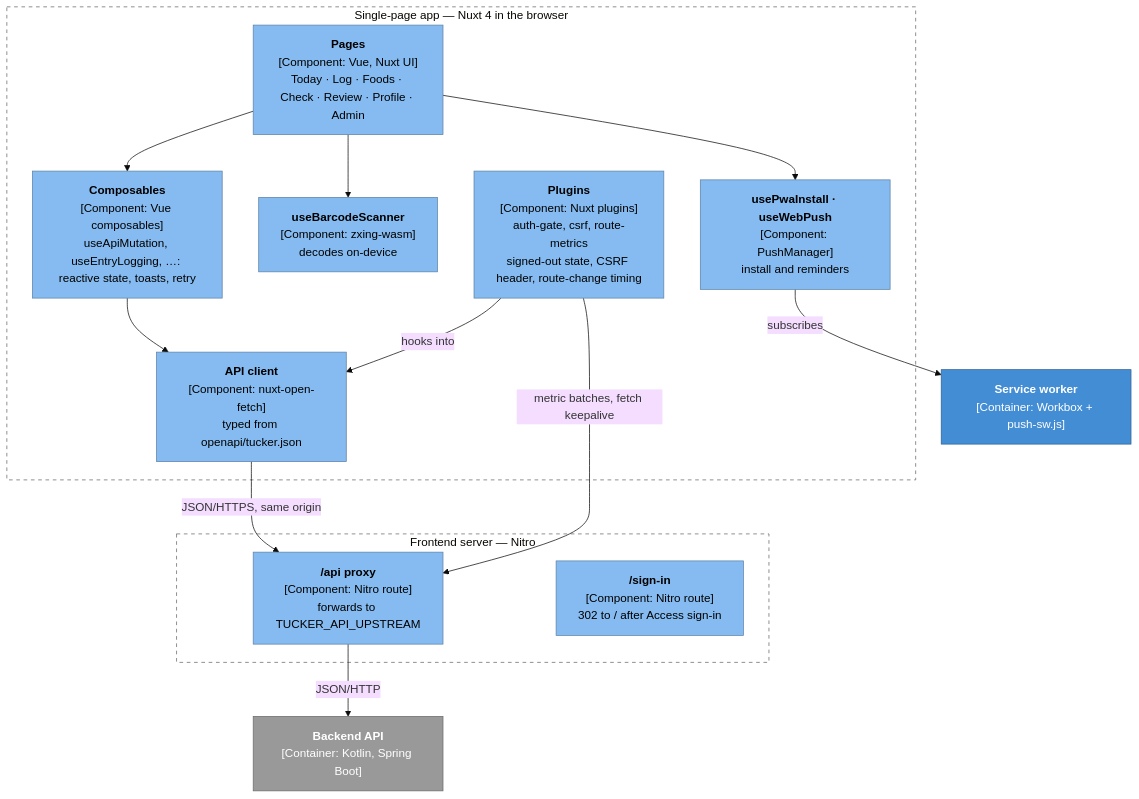
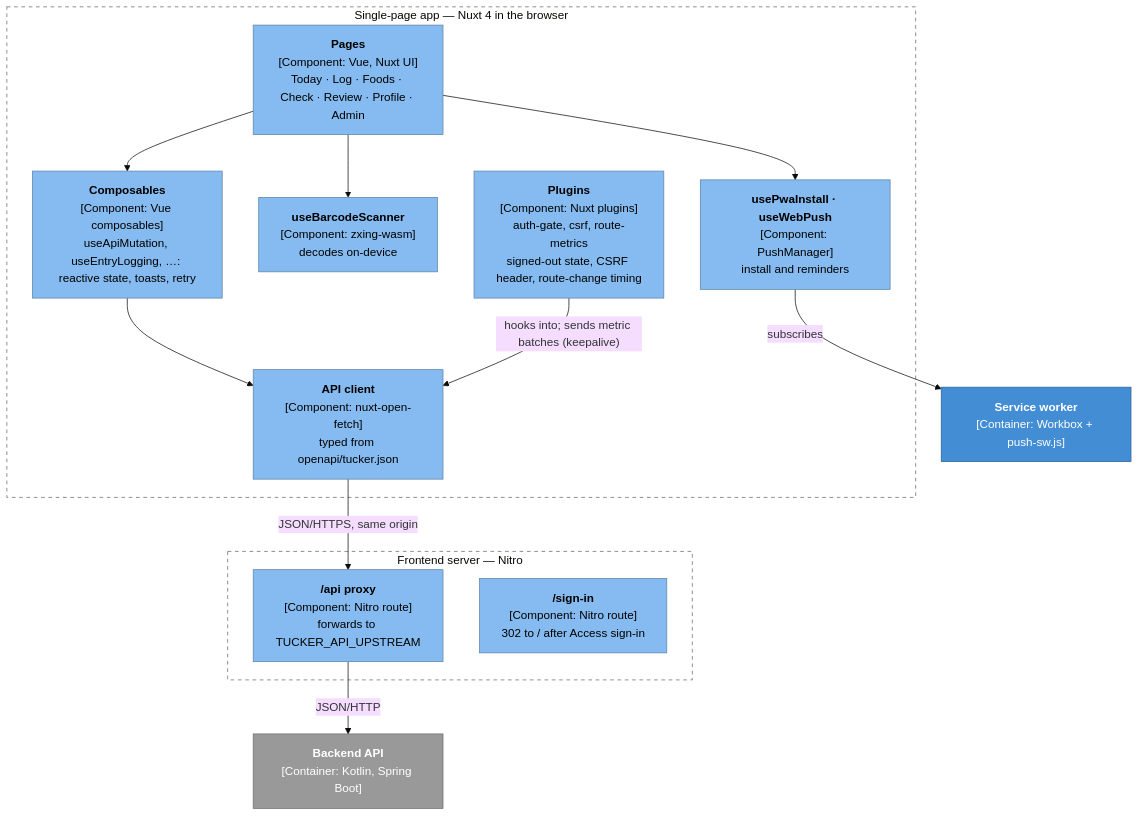
Before and after one commit to skrymer/tucker: the eighth of 10 diagrams in docs/architecture.md, drawn with Mermaid (base theme). The commit also changed other lines of this file and 5 other files, not shown here.

````diff
--- a/docs/architecture.md
+++ b/docs/architecture.md
@@ -340,34 +340,33 @@
 ```mermaid
 flowchart TD
   subgraph spa["Single-page app — Nuxt 4 in the browser"]
     pages["<b>Pages</b><br/>[Component: Vue, Nuxt UI]<br/>Today · Log · Foods · Check · Review · Profile · Admin"]:::component
     composables["<b>Composables</b><br/>[Component: Vue composables]<br/>useApiMutation, useEntryLogging, …: reactive state, toasts, retry"]:::component
     scanner["<b>useBarcodeScanner</b><br/>[Component: zxing-wasm]<br/>decodes on-device"]:::component
     pwa["<b>usePwaInstall · useWebPush</b><br/>[Component: PushManager]<br/>install and reminders"]:::component
     plugins["<b>Plugins</b><br/>[Component: Nuxt plugins]<br/>auth-gate, csrf, route-metrics<br/>signed-out state, CSRF header, route-change timing"]:::component
     client["<b>API client</b><br/>[Component: nuxt-open-fetch]<br/>typed from openapi/tucker.json"]:::component
   end
   sw["<b>Service worker</b><br/>[Container: Workbox + push-sw.js]"]:::container
 
   subgraph nitro["Frontend server — Nitro"]
     proxy["<b>/api proxy</b><br/>[Component: Nitro route]<br/>forwards to TUCKER_API_UPSTREAM"]:::component
     signin["<b>/sign-in</b><br/>[Component: Nitro route]<br/>302 to / after Access sign-in"]:::component
   end
   api["<b>Backend API</b><br/>[Container: Kotlin, Spring Boot]"]:::ext
 
   pages --> composables
   pages --> scanner
   pages --> pwa
   composables --> client
-  plugins -- "hooks into" --> client
+  plugins -- "hooks into; sends metric batches (keepalive)" --> client
   client -- "JSON/HTTPS, same origin" --> proxy
-  plugins -- "metric batches, fetch keepalive" --> proxy
   proxy -- "JSON/HTTP" --> api
   pwa -- "subscribes" --> sw
 
   classDef component fill:#85bbf0,color:#000,stroke:#5d82a8
   classDef container fill:#438dd5,color:#fff,stroke:#2e6295
   classDef ext fill:#999,color:#fff,stroke:#6b6b6b
   style spa fill:none,stroke:#666,stroke-dasharray:5 5
   style nitro fill:none,stroke:#666,stroke-dasharray:5 5
 ```
````
